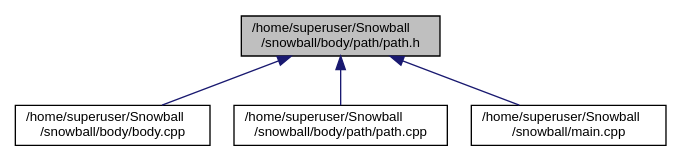
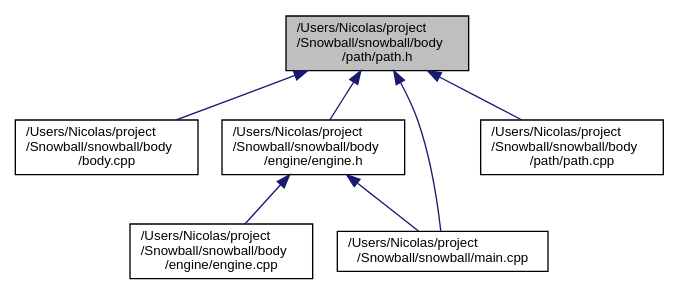
One commit to HexDumper/Snowball changed the diagram in snowball/documentation/rtf/path_8h__dep__incl.dot. Above: the diagram before and after it, drawn with Graphviz. The commit also changed 330 other files, not shown here.

```diff
--- a/snowball/documentation/rtf/path_8h__dep__incl.dot
+++ b/snowball/documentation/rtf/path_8h__dep__incl.dot
@@ -1,12 +1,17 @@
-digraph "/home/superuser/Snowball/snowball/body/path/path.h"
+digraph "/Users/Nicolas/project/Snowball/snowball/body/path/path.h"
 {
   edge [fontname="Helvetica",fontsize="10",labelfontname="Helvetica",labelfontsize="10"];
   node [fontname="Helvetica",fontsize="10",shape=record];
-  Node1 [label="/home/superuser/Snowball\l/snowball/body/path/path.h",height=0.2,width=0.4,color="black", fillcolor="grey75", style="filled", fontcolor="black"];
-  Node1 -> Node2 [dir="back",color="midnightblue",fontsize="10",style="solid",fontname="Helvetica"];
-  Node2 [label="/home/superuser/Snowball\l/snowball/body/body.cpp",height=0.2,width=0.4,color="black", fillcolor="white", style="filled",URL="$body_8cpp.html"];
-  Node1 -> Node3 [dir="back",color="midnightblue",fontsize="10",style="solid",fontname="Helvetica"];
-  Node3 [label="/home/superuser/Snowball\l/snowball/body/path/path.cpp",height=0.2,width=0.4,color="black", fillcolor="white", style="filled",URL="$path_8cpp.html"];
-  Node1 -> Node4 [dir="back",color="midnightblue",fontsize="10",style="solid",fontname="Helvetica"];
-  Node4 [label="/home/superuser/Snowball\l/snowball/main.cpp",height=0.2,width=0.4,color="black", fillcolor="white", style="filled",URL="$main_8cpp.html"];
+  Node5 [label="/Users/Nicolas/project\l/Snowball/snowball/body\l/path/path.h",height=0.2,width=0.4,color="black", fillcolor="grey75", style="filled", fontcolor="black"];
+  Node5 -> Node6 [dir="back",color="midnightblue",fontsize="10",style="solid",fontname="Helvetica"];
+  Node6 [label="/Users/Nicolas/project\l/Snowball/snowball/body\l/body.cpp",height=0.2,width=0.4,color="black", fillcolor="white", style="filled",URL="$body_8cpp.html"];
+  Node5 -> Node7 [dir="back",color="midnightblue",fontsize="10",style="solid",fontname="Helvetica"];
+  Node7 [label="/Users/Nicolas/project\l/Snowball/snowball/body\l/engine/engine.h",height=0.2,width=0.4,color="black", fillcolor="white", style="filled",URL="$engine_8h.html"];
+  Node7 -> Node8 [dir="back",color="midnightblue",fontsize="10",style="solid",fontname="Helvetica"];
+  Node8 [label="/Users/Nicolas/project\l/Snowball/snowball/body\l/engine/engine.cpp",height=0.2,width=0.4,color="black", fillcolor="white", style="filled",URL="$engine_8cpp.html"];
+  Node7 -> Node9 [dir="back",color="midnightblue",fontsize="10",style="solid",fontname="Helvetica"];
+  Node9 [label="/Users/Nicolas/project\l/Snowball/snowball/main.cpp",height=0.2,width=0.4,color="black", fillcolor="white", style="filled",URL="$main_8cpp.html"];
+  Node5 -> Node10 [dir="back",color="midnightblue",fontsize="10",style="solid",fontname="Helvetica"];
+  Node10 [label="/Users/Nicolas/project\l/Snowball/snowball/body\l/path/path.cpp",height=0.2,width=0.4,color="black", fillcolor="white", style="filled",URL="$path_8cpp.html"];
+  Node5 -> Node9 [dir="back",color="midnightblue",fontsize="10",style="solid",fontname="Helvetica"];
 }
```
